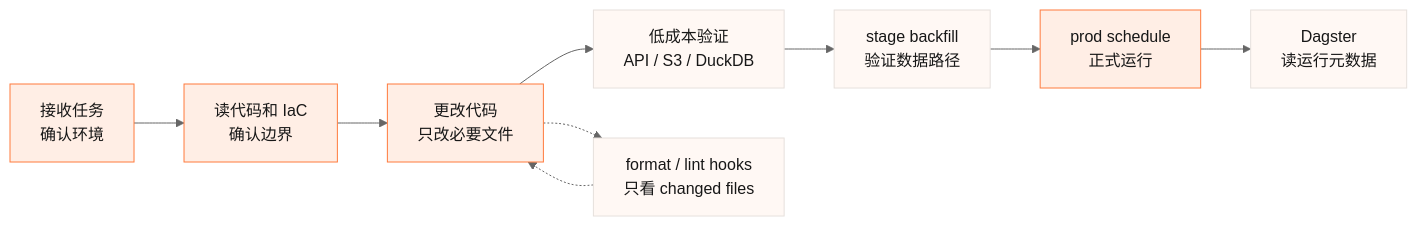
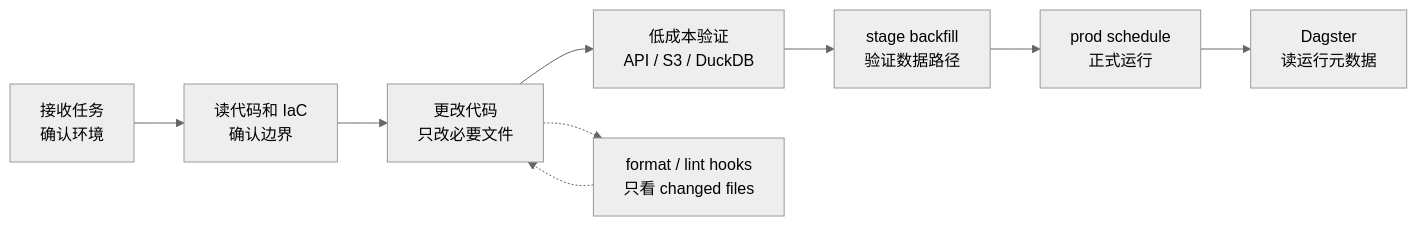
One commit to tihaya-anon/reporting changed the diagram in reports/data-agent/diagrams/agent-workflow.mmd. Above: the diagram before and after it, drawn with Mermaid (neutral theme). The commit also changed 18 other files, not shown here.

```diff
--- a/reports/data-agent/diagrams/agent-workflow.mmd
+++ b/reports/data-agent/diagrams/agent-workflow.mmd
@@ -1,13 +1,9 @@
 flowchart LR
   A["接收任务<br/>确认环境"] --> B["读代码和 IaC<br/>确认边界"]
   B --> C["更改代码<br/>只改必要文件"]
   C --> D["低成本验证<br/>API / S3 / DuckDB"]
   D --> E["stage backfill<br/>验证数据路径"]
   E --> F["prod schedule<br/>正式运行"]
   F --> G["Dagster<br/>读运行元数据"]
   C -.-> H["format / lint hooks<br/>只看 changed files"]
   H -.-> C
-
-  classDef default fill:#FFEEE5,stroke:#FF7A3D,color:#171717,stroke-width:1px;
-  classDef evidence fill:#FFF8F4,stroke:#E6E0DC,color:#171717,stroke-width:1px;
-  class D,E,G,H evidence;
```
